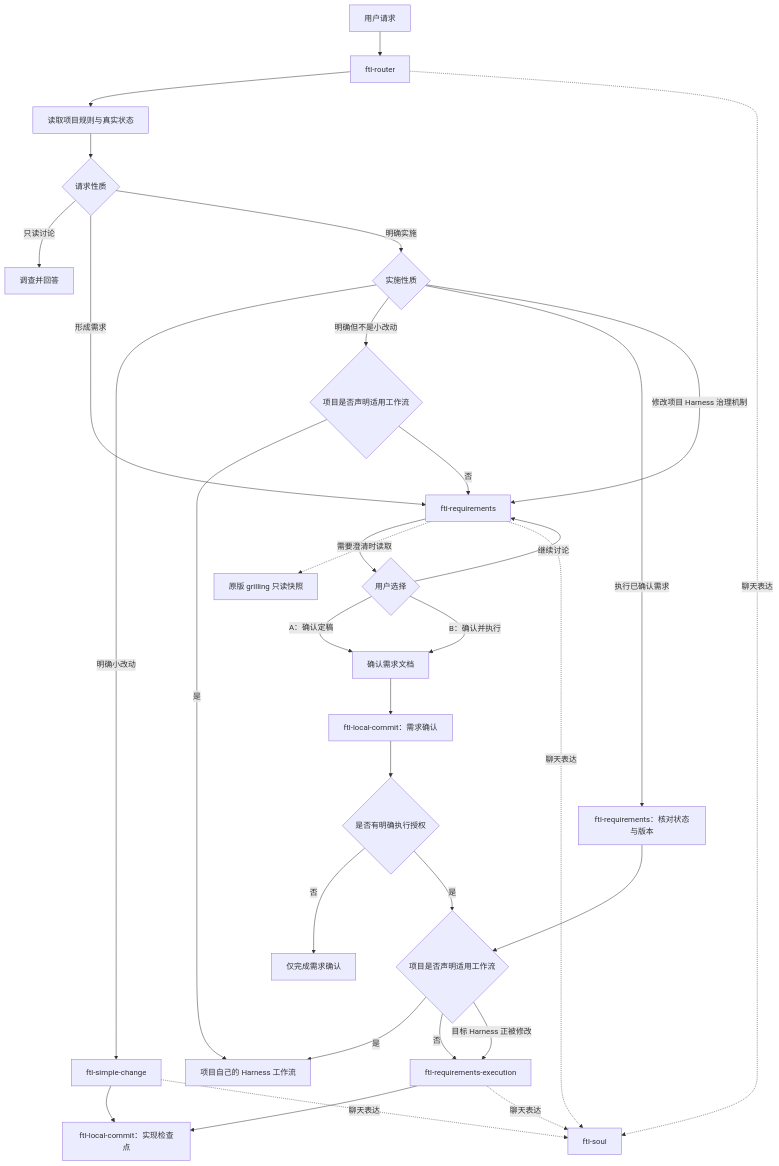
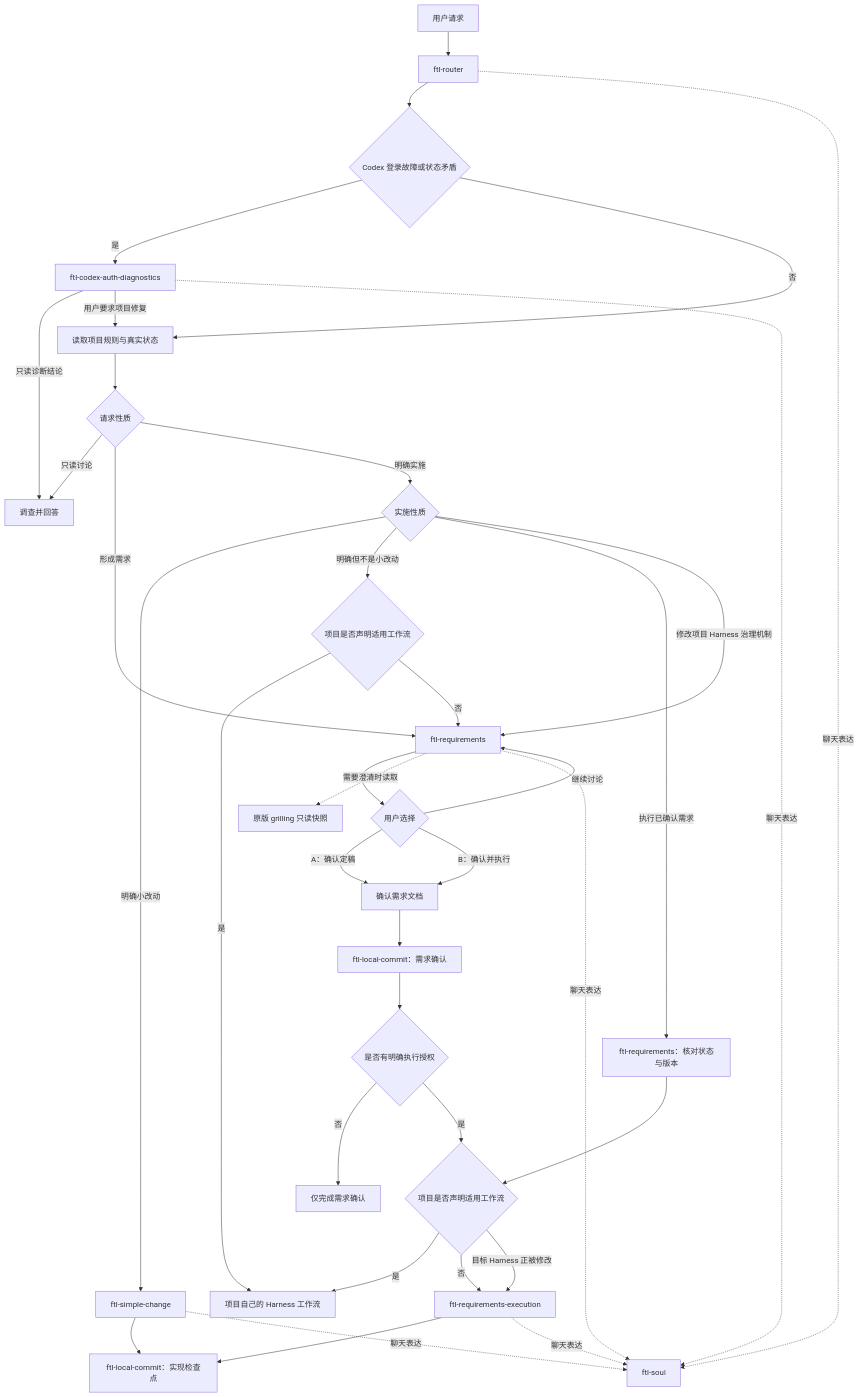
One commit to ContinuumFTL/FTLSoulSkill changed the diagram in README.md. Above: the diagram before and after it, drawn with Mermaid. The commit also changed other lines of this file and 2 other files, not shown here.

Commit message:
feat: add Codex auth diagnostics skill

````diff
--- a/README.md
+++ b/README.md
@@ -18,41 +19,46 @@
 ```mermaid
 flowchart TD
     U[用户请求] --> R[ftl-router]
-    R --> P[读取项目规则与真实状态]
+    R --> CA{Codex 登录故障或状态矛盾}
+    CA -->|是| AD[ftl-codex-auth-diagnostics]
+    CA -->|否| P[读取项目规则与真实状态]
+    AD -->|只读诊断结论| A
+    AD -->|用户要求项目修复| P
     P --> K{请求性质}
 
     K -->|只读讨论| A[调查并回答]
     K -->|形成需求| Q[ftl-requirements]
     K -->|明确实施| I{实施性质}
 
     I -->|明确小改动| S[ftl-simple-change]
     I -->|明确但不是小改动| NW{项目是否声明适用工作流}
     I -->|执行已确认需求| V[ftl-requirements：核对状态与版本]
     I -->|修改项目 Harness 治理机制| Q
 
     NW -->|是| H
     NW -->|否| Q
     V --> W{项目是否声明适用工作流}
 
     Q --> C{用户选择}
     Q -.需要澄清时读取.-> G[原版 grilling 只读快照]
     C -->|继续讨论| Q
     C -->|A：确认定稿| D[确认需求文档]
     C -->|B：确认并执行| D
     D --> LC[ftl-local-commit：需求确认]
     LC --> X{是否有明确执行授权}
     X -->|否| Z[仅完成需求确认]
     X -->|是| W
 
     W -->|是| H[项目自己的 Harness 工作流]
     W -->|否| E[ftl-requirements-execution]
     W -->|目标 Harness 正被修改| E
 
     S --> L[ftl-local-commit：实现检查点]
     E --> L
 
     R -.聊天表达.-> N[ftl-soul]
+    AD -.聊天表达.-> N
     S -.聊天表达.-> N
     Q -.聊天表达.-> N
     E -.聊天表达.-> N
 ```
````
